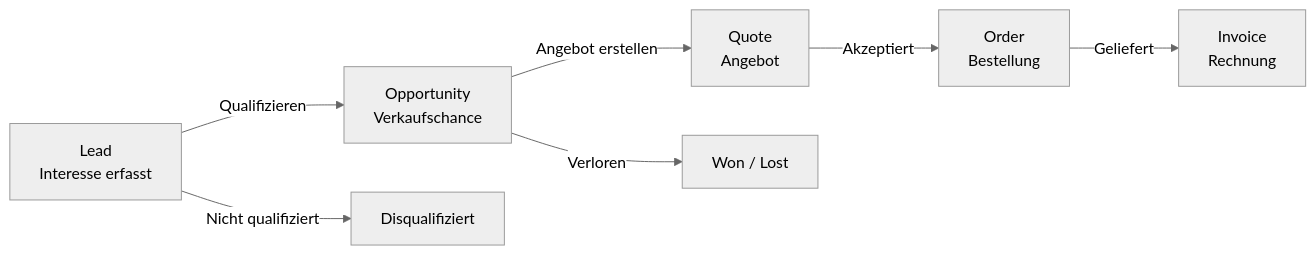
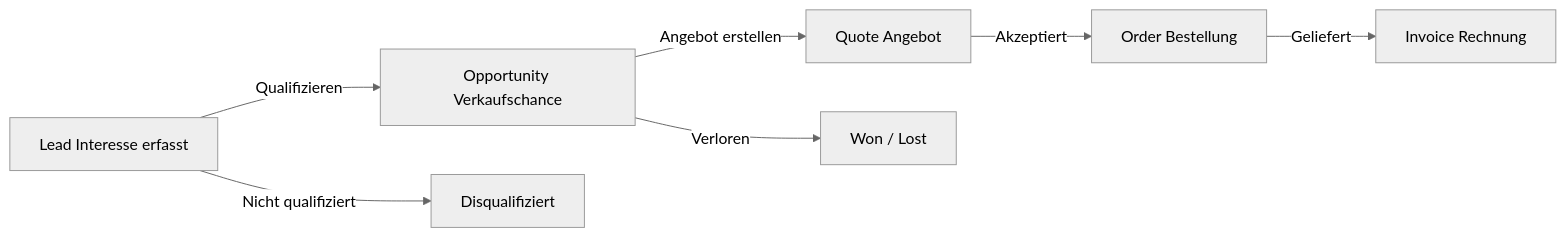
One commit to SoniiiT/notes-n-docs changed the first of 4 diagrams in Microsoft 365/Dynamics 365/Dynamics 365 Sales.md. Above: the diagram before and after it, drawn with Mermaid (neutral theme). The commit also changed other lines of this file and 124 other files, not shown here.

First line of the commit message:
fix: Entferne \n aus allen Mermaid-Diagrammen (125 Dateien)

````diff
--- a/Microsoft 365/Dynamics 365/Dynamics 365 Sales.md
+++ b/Microsoft 365/Dynamics 365/Dynamics 365 Sales.md
@@ -27,9 +27,9 @@
 ```mermaid
 graph LR
-    L[Lead\nInteresse erfasst] -->|Qualifizieren| OP[Opportunity\nVerkaufschance]
-    OP -->|Angebot erstellen| QU[Quote\nAngebot]
-    QU -->|Akzeptiert| OR[Order\nBestellung]
-    OR -->|Geliefert| IN[Invoice\nRechnung]
+    L[Lead Interesse erfasst] -->|Qualifizieren| OP[Opportunity Verkaufschance]
+    OP -->|Angebot erstellen| QU[Quote Angebot]
+    QU -->|Akzeptiert| OR[Order Bestellung]
+    OR -->|Geliefert| IN[Invoice Rechnung]
     L -->|Nicht qualifiziert| DQ[Disqualifiziert]
     OP -->|Verloren| WL[Won / Lost]
 ```
````
